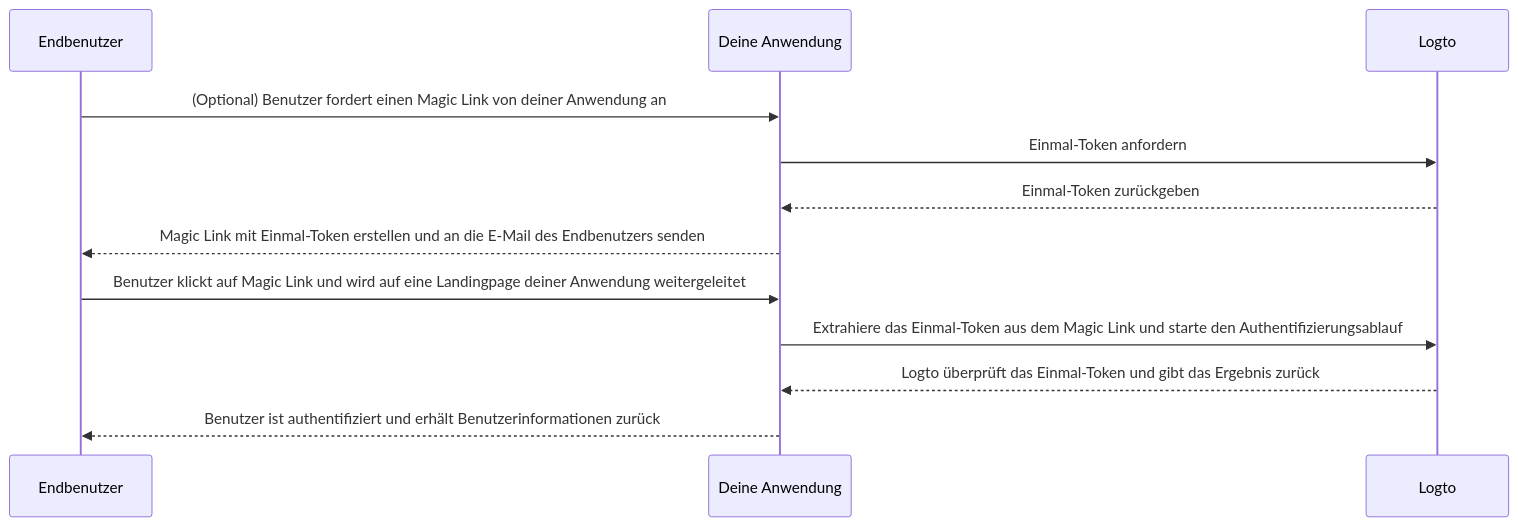
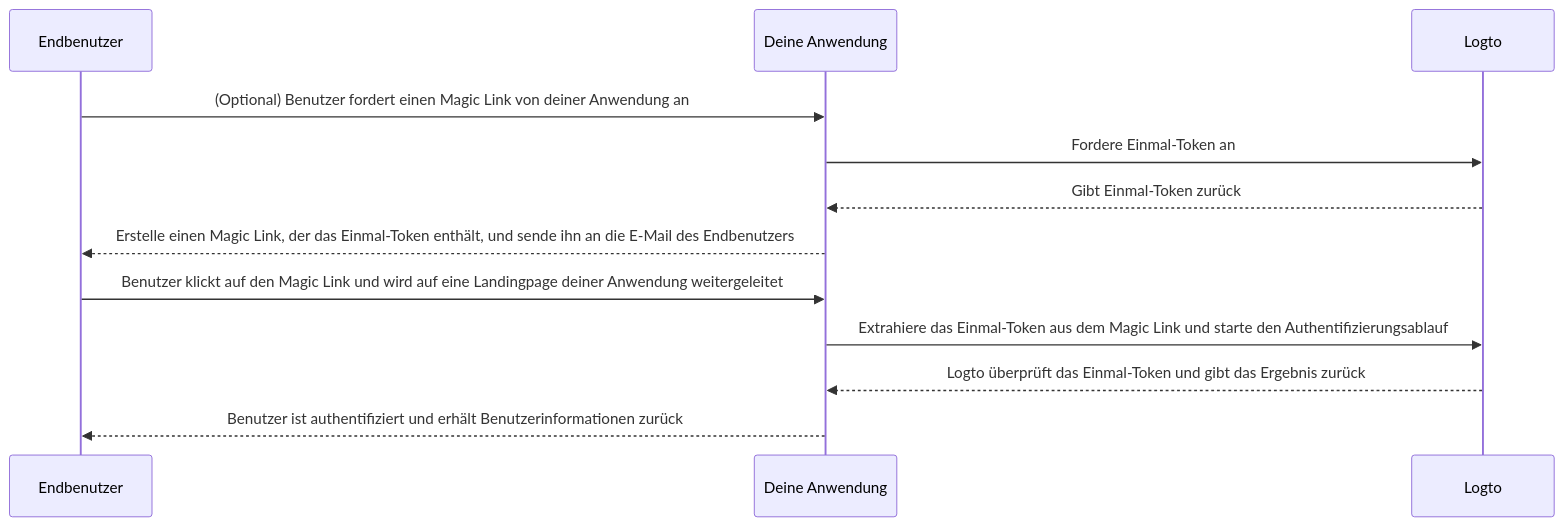
Before and after one commit to logto-io/docs: the diagram in i18n/de/docusaurus-plugin-content-docs/current/end-user-flows/one-time-token.mdx, drawn with Mermaid. The commit also changed other lines of this file and 117 other files, not shown here.

````diff
--- a/i18n/de/docusaurus-plugin-content-docs/current/end-user-flows/one-time-token.mdx
+++ b/i18n/de/docusaurus-plugin-content-docs/current/end-user-flows/one-time-token.mdx
@@ -40,15 +38,15 @@
 ```mermaid
 sequenceDiagram
   participant U as Endbenutzer
   participant C as Deine Anwendung
   participant L as Logto
 
   U ->> C: (Optional) Benutzer fordert einen Magic Link von deiner Anwendung an
-  C ->> L: Einmal-Token anfordern
-  L -->> C: Einmal-Token zurückgeben
-  C -->> U: Magic Link mit Einmal-Token erstellen und an die E-Mail des Endbenutzers senden
-  U ->> C: Benutzer klickt auf Magic Link und wird auf eine Landingpage deiner Anwendung weitergeleitet
+  C ->> L: Fordere Einmal-Token an
+  L -->> C: Gibt Einmal-Token zurück
+  C -->> U: Erstelle einen Magic Link, der das Einmal-Token enthält, und sende ihn an die E-Mail des Endbenutzers
+  U ->> C: Benutzer klickt auf den Magic Link und wird auf eine Landingpage deiner Anwendung weitergeleitet
   C ->> L: Extrahiere das Einmal-Token aus dem Magic Link und starte den Authentifizierungsablauf
   L -->> C: Logto überprüft das Einmal-Token und gibt das Ergebnis zurück
   C -->> U: Benutzer ist authentifiziert und erhält Benutzerinformationen zurück
 ```
````
